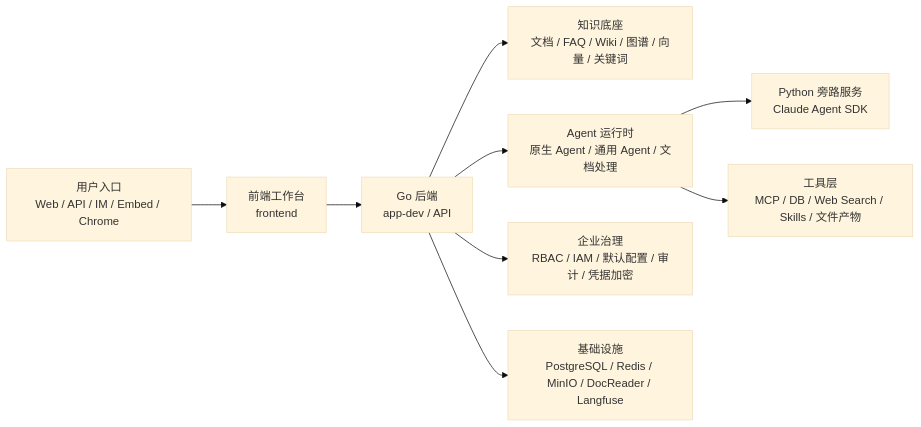
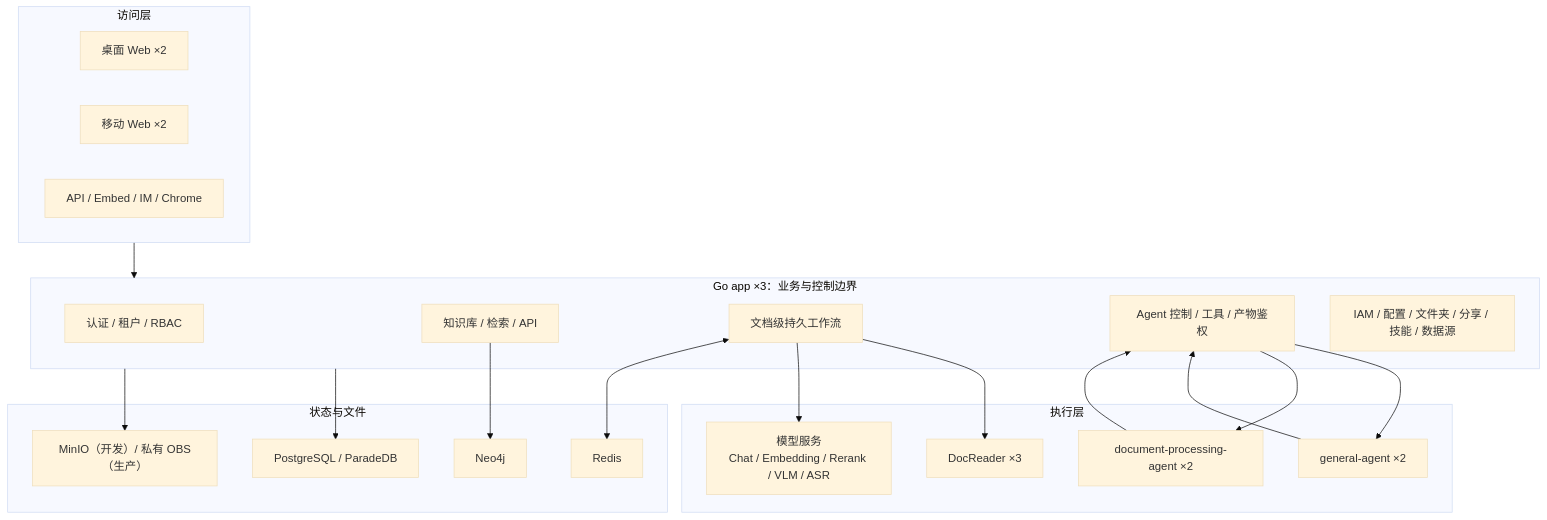
The first of 2 diagrams in README.md (Meaninles/wekno), drawn with Mermaid (base theme) before and after one commit. The commit also changed other lines of this file and 53 other files, not shown here.

````diff
--- a/README.md
+++ b/README.md
@@ -142,11 +60,42 @@
 ```mermaid
-flowchart LR
-  U["用户入口<br/>Web / API / IM / Embed / Chrome"] --> F["前端工作台<br/>frontend"]
-  F --> B["Go 后端<br/>app-dev / API"]
-  B --> KB["知识底座<br/>文档 / FAQ / Wiki / 图谱 / 向量 / 关键词"]
-  B --> AG["Agent 运行时<br/>原生 Agent / 通用 Agent / 文档处理"]
-  AG --> SC["Python 旁路服务<br/>Claude Agent SDK"]
-  AG --> TOOL["工具层<br/>MCP / DB / Web Search / Skills / 文件产物"]
-  B --> GOV["企业治理<br/>RBAC / IAM / 默认配置 / 审计 / 凭据加密"]
-  B --> INFRA["基础设施<br/>PostgreSQL / Redis / MinIO / DocReader / Langfuse"]
+flowchart TB
+    subgraph Access["访问层"]
+        Desktop["桌面 Web ×2"]
+        Mobile["移动 Web ×2"]
+        External["API / Embed / IM / Chrome"]
+    end
+
+    subgraph Control["Go app ×3：业务与控制边界"]
+        Auth["认证 / 租户 / RBAC"]
+        KB["知识库 / 检索 / API"]
+        DQ["文档级持久工作流"]
+        Agent["Agent 控制 / 工具 / 产物鉴权"]
+        Custom["IAM / 配置 / 文件夹 / 分享 / 技能 / 数据源"]
+    end
+
+    subgraph Execution["执行层"]
+        DR["DocReader ×3"]
+        GA["general-agent ×2"]
+        DA["document-processing-agent ×2"]
+        Model["模型服务\nChat / Embedding / Rerank / VLM / ASR"]
+    end
+
+    subgraph Data["状态与文件"]
+        PG["PostgreSQL / ParadeDB"]
+        Redis["Redis"]
+        Object["MinIO（开发）/ 私有 OBS（生产）"]
+        Neo4j["Neo4j"]
+    end
+
+    Access --> Control
+    DQ --> DR
+    DQ --> Model
+    Agent --> GA
+    Agent --> DA
+    GA --> Agent
+    DA --> Agent
+    Control --> PG
+    DQ <--> Redis
+    Control --> Object
+    KB --> Neo4j
 ```
````
